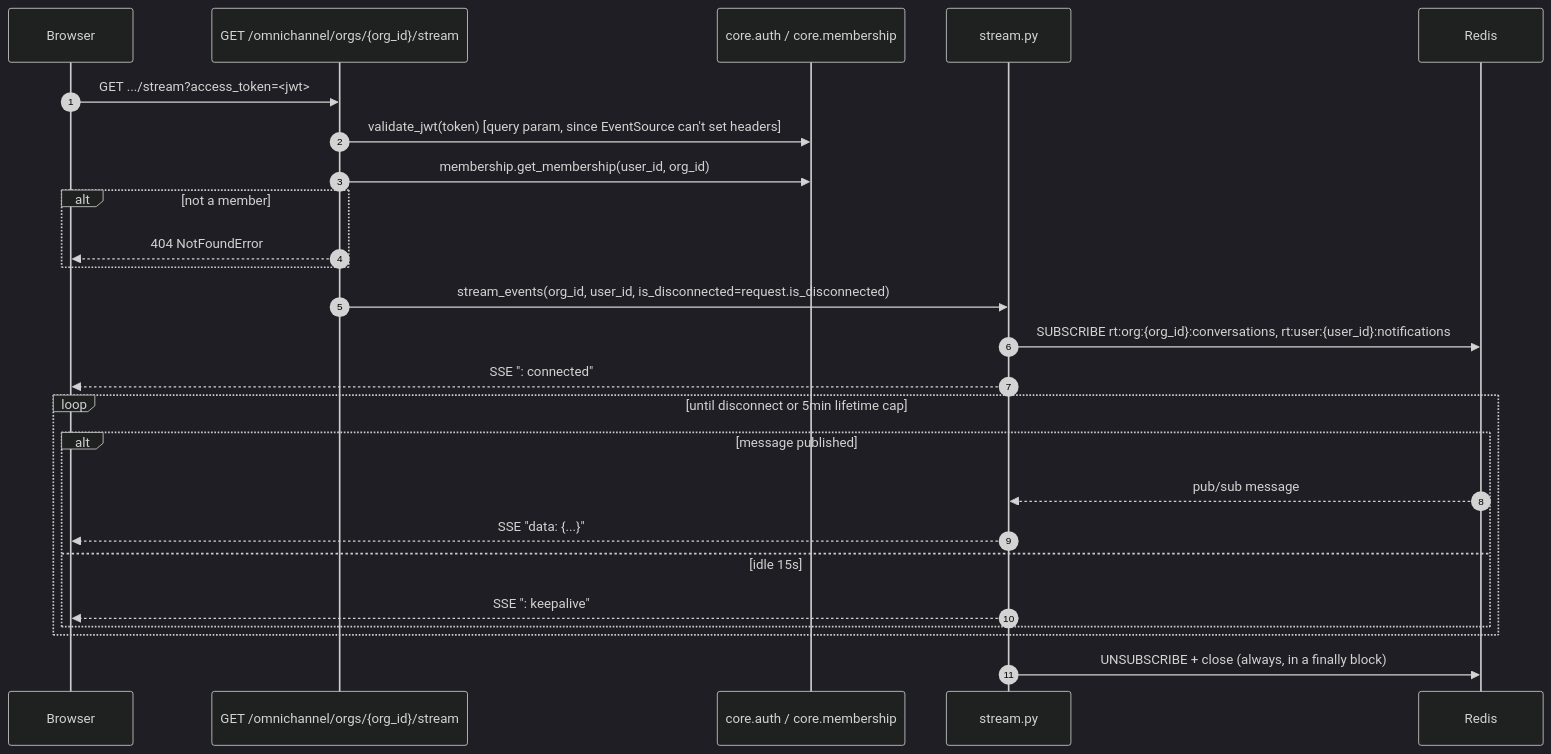
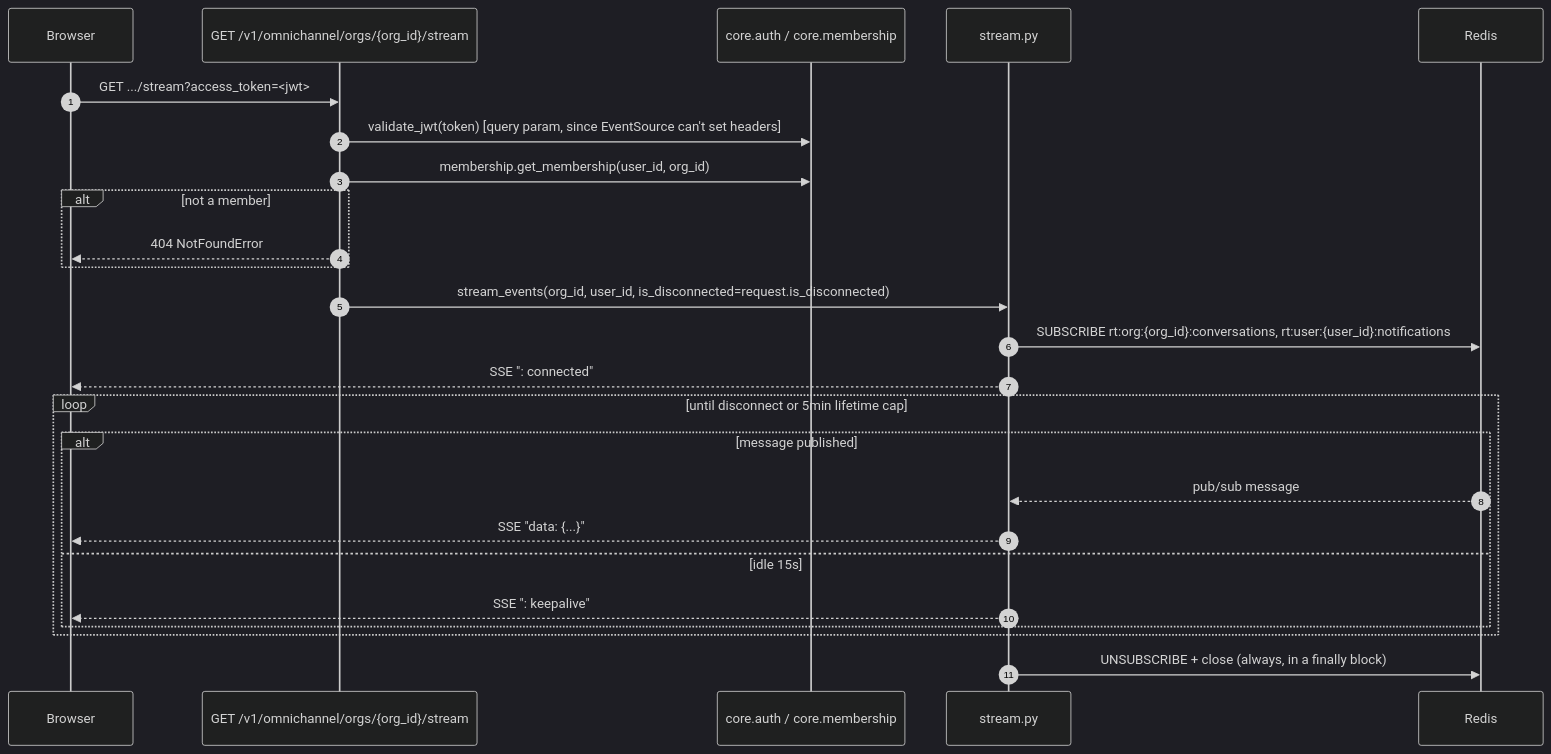
The fourth of 4 diagrams in docs/services/omnichannel/routing-and-realtime.md (RafaelOjeda/A2Z-Core), drawn with Mermaid (dark theme) before and after one commit. The commit also changed other lines of this file and 30 other files, not shown here.

````diff
--- a/docs/services/omnichannel/routing-and-realtime.md
+++ b/docs/services/omnichannel/routing-and-realtime.md
@@ -90,28 +90,28 @@
 ```mermaid
 sequenceDiagram
     autonumber
     participant Browser
-    participant Router as GET /omnichannel/orgs/{org_id}/stream
+    participant Router as GET /v1/omnichannel/orgs/{org_id}/stream
     participant Auth as core.auth / core.membership
     participant Stream as stream.py
     participant Redis
 
     Browser->>Router: GET .../stream?access_token=<jwt>
     Router->>Auth: validate_jwt(token) [query param, since EventSource can't set headers]
     Router->>Auth: membership.get_membership(user_id, org_id)
     alt not a member
         Router-->>Browser: 404 NotFoundError
     end
     Router->>Stream: stream_events(org_id, user_id, is_disconnected=request.is_disconnected)
     Stream->>Redis: SUBSCRIBE rt:org:{org_id}:conversations, rt:user:{user_id}:notifications
     Stream-->>Browser: SSE ": connected"
     loop until disconnect or 5min lifetime cap
         alt message published
             Redis-->>Stream: pub/sub message
             Stream-->>Browser: SSE "data: {...}"
         else idle 15s
             Stream-->>Browser: SSE ": keepalive"
         end
     end
     Stream->>Redis: UNSUBSCRIBE + close (always, in a finally block)
 ```
````
